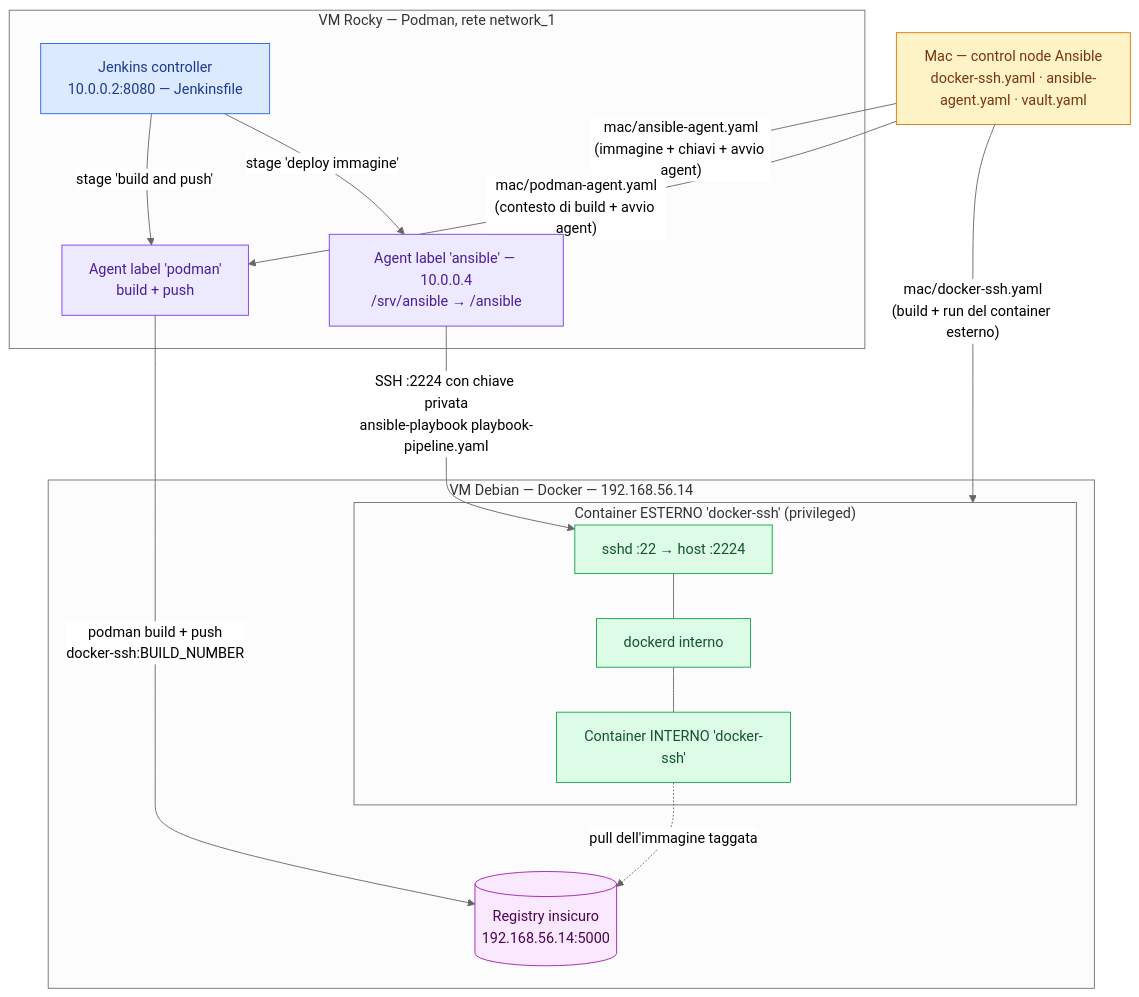
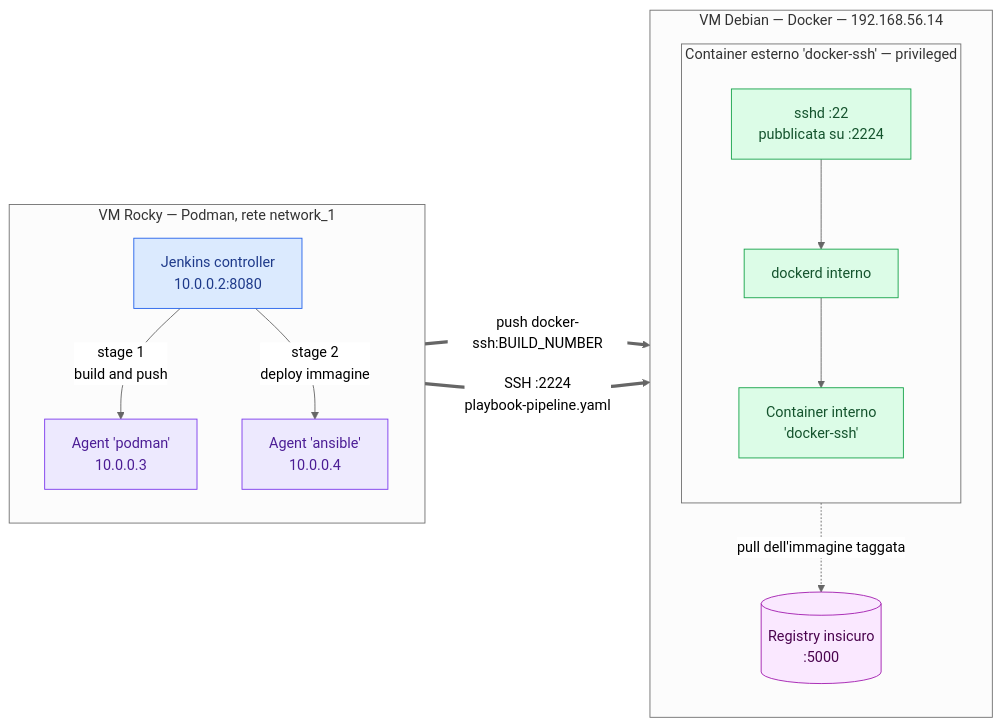
Before and after one commit to andreafranzese-create/formazione_cm: the second of 2 diagrams in jenkins&ansible/README.md, drawn with Mermaid (neutral theme). The commit also changed other lines of this file, not shown here.

````diff
--- a/jenkins&ansible/README.md
+++ b/jenkins&ansible/README.md
@@ -34,39 +54,33 @@
 ```mermaid
-flowchart TB
-    classDef manual fill:#fef3c7,stroke:#d97706,color:#78350f
+flowchart LR
     classDef pipeline fill:#dbeafe,stroke:#2563eb,color:#1e3a8a
     classDef agent fill:#ede9fe,stroke:#7c3aed,color:#4c1d95
     classDef target fill:#dcfce7,stroke:#16a34a,color:#14532d
     classDef registry fill:#fae8ff,stroke:#a21caf,color:#4a044e
 
-    MAC["Mac — control node Ansible<br/>docker-ssh.yaml · ansible-agent.yaml · vault.yaml"]:::manual
-
     subgraph ROCKY["VM Rocky — Podman, rete network_1"]
-        PIPE["Jenkins controller<br/>10.0.0.2:8080 — Jenkinsfile"]:::pipeline
-        AGP["Agent label 'podman'<br/>build + push"]:::agent
-        AGA["Agent label 'ansible' — 10.0.0.4<br/>/srv/ansible → /ansible"]:::agent
+        direction TB
+        PIPE["Jenkins controller<br/>10.0.0.2:8080"]:::pipeline
+        AGP["Agent 'podman'<br/>10.0.0.3"]:::agent
+        AGA["Agent 'ansible'<br/>10.0.0.4"]:::agent
+        PIPE -- "stage 1<br/>build and push" --> AGP
+        PIPE -- "stage 2<br/>deploy immagine" --> AGA
     end
 
     subgraph DEBIAN["VM Debian — Docker — 192.168.56.14"]
-        REG[("Registry insicuro<br/>192.168.56.14:5000")]:::registry
-        subgraph DS["Container ESTERNO 'docker-ssh' (privileged)"]
-            SSHD["sshd :22 → host :2224"]:::target
+        direction TB
+        REG[("Registry insicuro<br/>:5000")]:::registry
+        subgraph DS["Container esterno 'docker-ssh' — privileged"]
+            direction TB
+            SSHD["sshd :22<br/>pubblicata su :2224"]:::target
             DIND["dockerd interno"]:::target
-            INNER["Container INTERNO 'docker-ssh'"]:::target
-            SSHD --- DIND
-            DIND --- INNER
+            INNER["Container interno<br/>'docker-ssh'"]:::target
+            SSHD --> DIND
+            DIND --> INNER
         end
     end
 
-    MAC -- "mac/docker-ssh.yaml<br/>(build + run del container esterno)" --> DS
-    MAC -- "mac/ansible-agent.yaml<br/>(immagine + chiavi + avvio agent)" --> AGA
-    MAC -- "mac/podman-agent.yaml<br/>(contesto di build + avvio agent)" --> AGP
-
-    PIPE -- "stage 'build and push'" --> AGP
-    AGP -- "podman build + push<br/>docker-ssh:BUILD_NUMBER" --> REG
-
-    PIPE -- "stage 'deploy immagine'" --> AGA
-    AGA -- "SSH :2224 con chiave privata<br/>ansible-playbook playbook-pipeline.yaml" --> SSHD
-
+    AGP == "push docker-ssh:BUILD_NUMBER" ==> REG
+    AGA == "SSH :2224<br/>playbook-pipeline.yaml" ==> SSHD
     INNER -. "pull dell'immagine taggata" .-> REG
 ```
````
